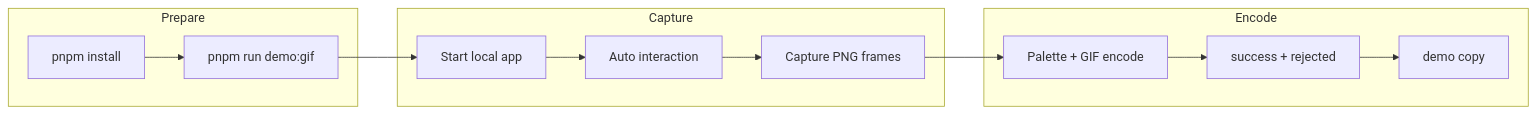
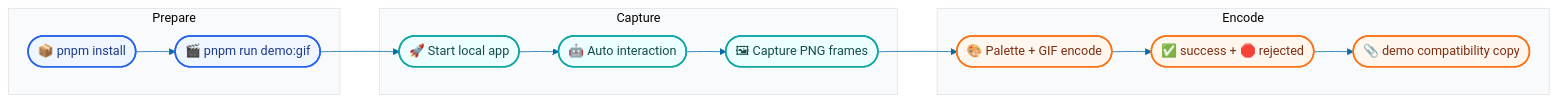
One commit to sunshineluyao/Moss-Mcp-Transaction changed the second of 8 diagrams in README.md. Above: the diagram before and after it, drawn with Mermaid. The commit also changed other lines of this file, not shown here.

Commit message:
docs: apply cohesive visual theme to all mermaid diagrams

````diff
--- a/README.md
+++ b/README.md
@@ -146,20 +189,29 @@
 ```mermaid
+%%{init: {'theme':'base','themeVariables': {'fontFamily':'Trebuchet MS, Segoe UI, sans-serif','primaryColor':'#ecfeff','primaryBorderColor':'#0284c7','primaryTextColor':'#0f172a','lineColor':'#0369a1','secondaryColor':'#eff6ff','tertiaryColor':'#f8fafc'}}}%%
 flowchart LR
   subgraph P1[Prepare]
-    A[pnpm install] --> B[pnpm run demo:gif]
+    A([📦 pnpm install]) --> B([🎬 pnpm run demo:gif])
   end
 
   subgraph P2[Capture]
-    C[Start local app] --> D[Auto interaction]
-    D --> E[Capture PNG frames]
+    C([🚀 Start local app]) --> D([🤖 Auto interaction])
+    D --> E([🖼 Capture PNG frames])
   end
 
   subgraph P3[Encode]
-    F[Palette + GIF encode]
-    G[success + rejected]
-    H[demo copy]
+    F([🎨 Palette + GIF encode])
+    G([✅ success + 🛑 rejected])
+    H([📎 demo compatibility copy])
   end
 
   B --> C
   E --> F --> G --> H
+
+  classDef prep fill:#eff6ff,stroke:#2563eb,stroke-width:2px,color:#1e3a8a;
+  classDef capture fill:#ecfeff,stroke:#0ea5a4,stroke-width:2px,color:#134e4a;
+  classDef encode fill:#fff7ed,stroke:#f97316,stroke-width:2px,color:#7c2d12;
+
+  class A,B prep;
+  class C,D,E capture;
+  class F,G,H encode;
 ```
````
